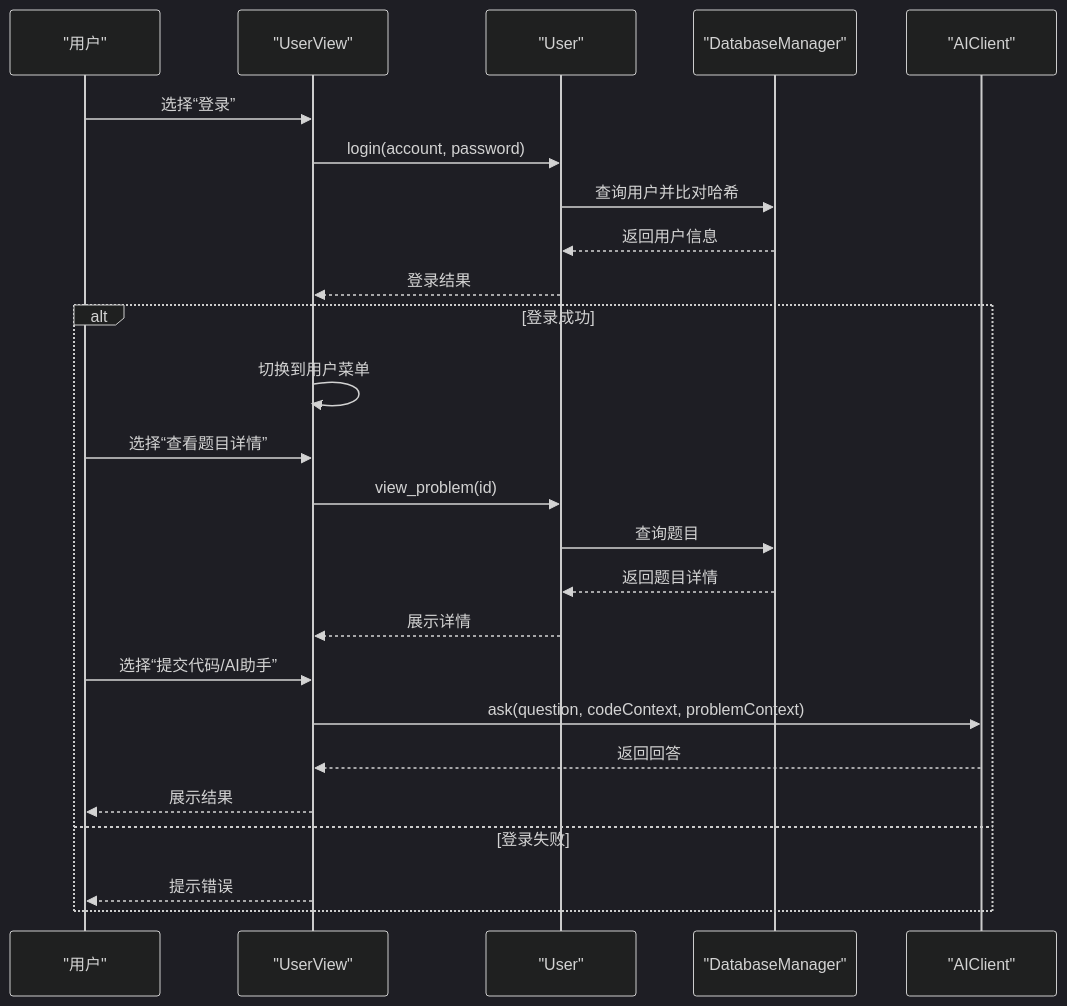
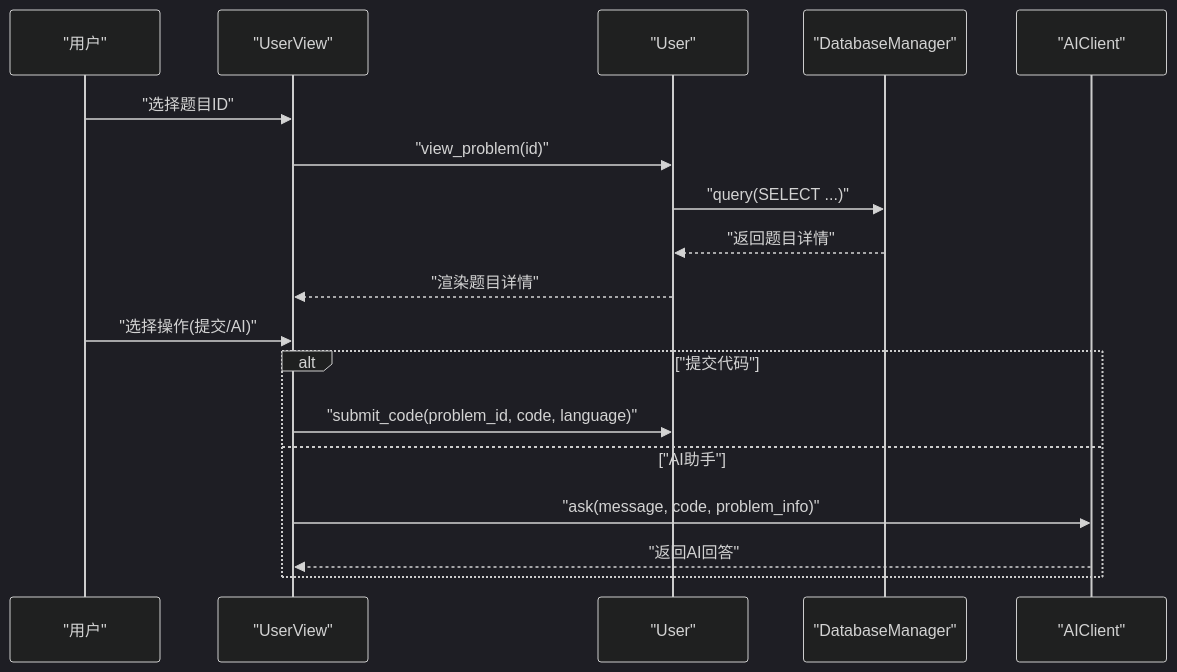
The fifth of 7 diagrams in .qoder/repowiki/zh/content/系统架构设计/系统架构设计.md (jinpeng900/OJ-Test), drawn with Mermaid (dark theme) before and after one commit. The commit also changed other lines of this file and 147 other files, not shown here.

````diff
--- a/.qoder/repowiki/zh/content/系统架构设计/系统架构设计.md
+++ b/.qoder/repowiki/zh/content/系统架构设计/系统架构设计.md
@@ -229,27 +285,20 @@
 ```mermaid
 sequenceDiagram
 participant U as "用户"
 participant UV as "UserView"
 participant US as "User"
 participant DB as "DatabaseManager"
 participant AI as "AIClient"
-U->>UV : 选择“登录”
-UV->>US : login(account, password)
-US->>DB : 查询用户并比对哈希
-DB-->>US : 返回用户信息
-US-->>UV : 登录结果
-alt 登录成功
-UV->>UV : 切换到用户菜单
-U->>UV : 选择“查看题目详情”
-UV->>US : view_problem(id)
-US->>DB : 查询题目
-DB-->>US : 返回题目详情
-US-->>UV : 展示详情
-U->>UV : 选择“提交代码/AI助手”
-UV->>AI : ask(question, codeContext, problemContext)
-AI-->>UV : 返回回答
-UV-->>U : 展示结果
-else 登录失败
-UV-->>U : 提示错误
+U->>UV : "选择题目ID"
+UV->>US : "view_problem(id)"
+US->>DB : "query(SELECT ...)"
+DB-->>US : "返回题目详情"
+US-->>UV : "渲染题目详情"
+U->>UV : "选择操作(提交/AI)"
+alt "提交代码"
+UV->>US : "submit_code(problem_id, code, language)"
+else "AI助手"
+UV->>AI : "ask(message, code, problem_info)"
+AI-->>UV : "返回AI回答"
 end
 ```
````
